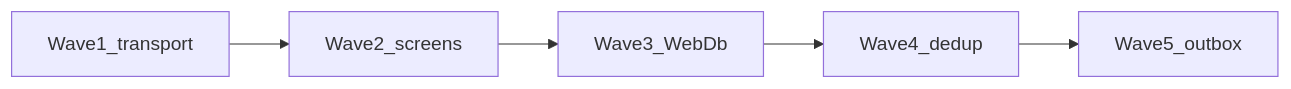
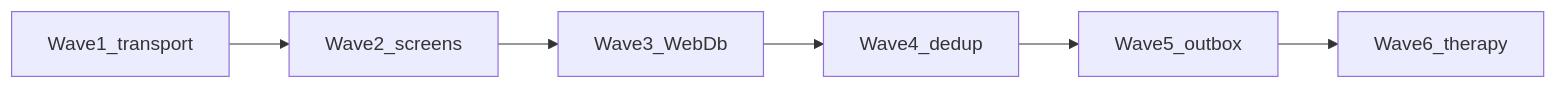
One commit to zuevfoton-art/AllerGuide changed the diagram in docs/refactoring-simplify-reliability.md. Above: the diagram before and after it, drawn with Mermaid. The commit also changed other lines of this file and 13 other files, not shown here.

````diff
--- a/docs/refactoring-simplify-reliability.md
+++ b/docs/refactoring-simplify-reliability.md
@@ -65,9 +65,10 @@
 ```mermaid
 flowchart LR
   W1[Wave1_transport]
   W2[Wave2_screens]
   W3[Wave3_WebDb]
   W4[Wave4_dedup]
   W5[Wave5_outbox]
-  W1 --> W2 --> W3 --> W4 --> W5
+  W6[Wave6_therapy]
+  W1 --> W2 --> W3 --> W4 --> W5 --> W6
 ```
````
